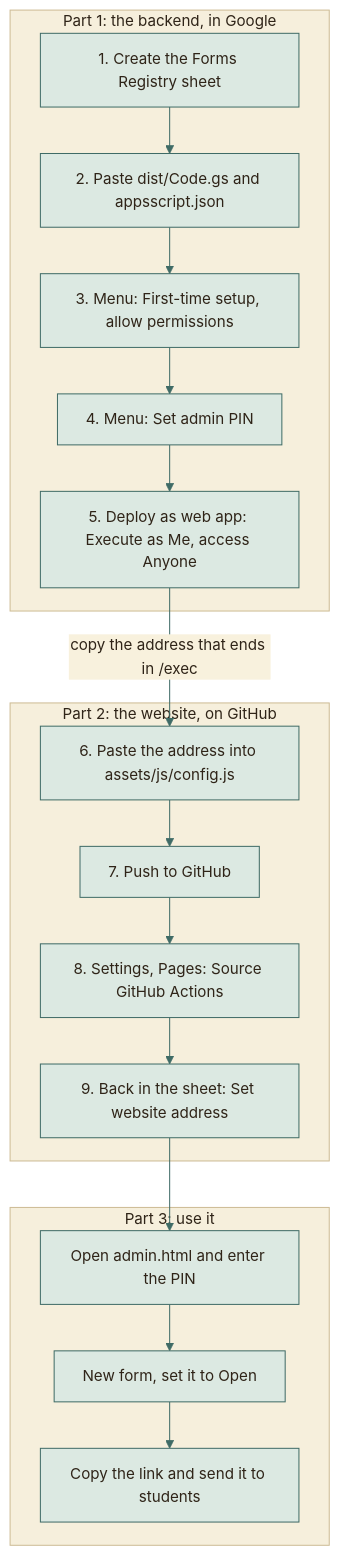
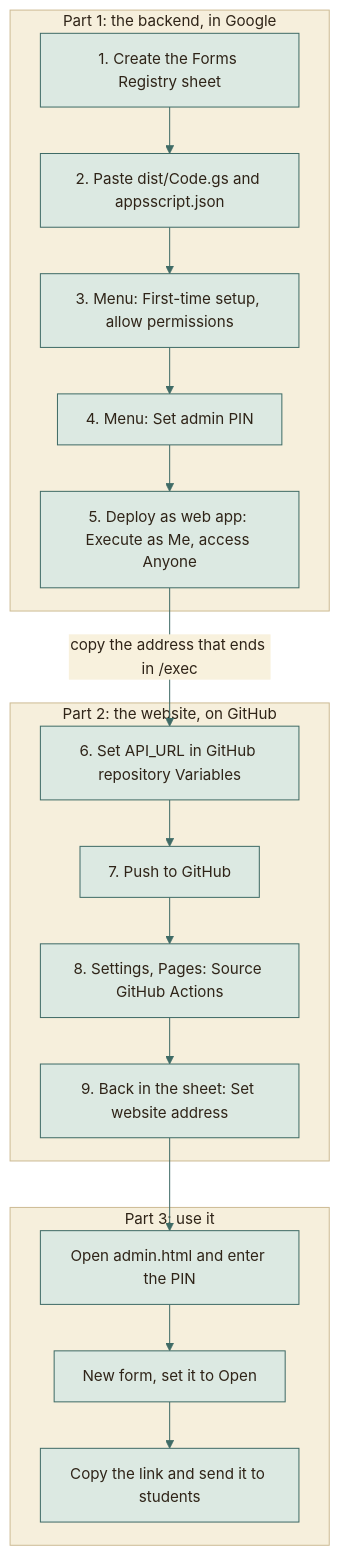
The diagram in docs/DEPLOY.md (moyeh04/forms-platform), drawn with Mermaid before and after one commit. The commit also changed other lines of this file and 14 other files, not shown here.

First line of the commit message:
fix(deploy): Generate site config from variables

````diff
--- a/docs/DEPLOY.md
+++ b/docs/DEPLOY.md
@@ -16,48 +16,48 @@
 ```mermaid
 %%{init: {
   'theme': 'base',
   'themeVariables': {
     'fontFamily': 'ui-sans-serif, system-ui, -apple-system, Segoe UI, Roboto, sans-serif',
     'fontSize': '15px',
     'primaryColor': '#DCE9E2', 'primaryBorderColor': '#3F6B66', 'primaryTextColor': '#2F2418',
     'secondaryColor': '#F0E4C8', 'secondaryBorderColor': '#C9A24A', 'secondaryTextColor': '#2F2418',
     'tertiaryColor': '#F6EFDC', 'tertiaryBorderColor': '#CDBB94', 'tertiaryTextColor': '#2F2418',
     'lineColor': '#3F6B66', 'textColor': '#2F2418', 'mainBkg': '#DCE9E2', 'nodeBorder': '#3F6B66',
     'clusterBkg': '#F6EFDC', 'clusterBorder': '#CDBB94', 'titleColor': '#2F2418',
     'edgeLabelBackground': '#F8F1DD',
     'actorBkg': '#DCE9E2', 'actorBorder': '#3F6B66', 'actorTextColor': '#2F2418', 'actorLineColor': '#8FB3AB',
     'signalColor': '#477A73', 'signalTextColor': '#477A73',
     'labelBoxBkgColor': '#F0E4C8', 'labelBoxBorderColor': '#C9A24A', 'labelTextColor': '#2F2418', 'loopTextColor': '#6A5A44',
     'noteBkgColor': '#FBEFC9', 'noteBorderColor': '#C9A24A', 'noteTextColor': '#2F2418',
     'activationBkgColor': '#DCE9E2', 'activationBorderColor': '#3F6B66', 'sequenceNumberColor': '#F8F1DD',
     'transitionColor': '#3F6B66', 'stateLabelColor': '#2F2418', 'stateBkg': '#DCE9E2', 'altBackground': '#F6EFDC',
     'attributeBackgroundColorOdd': '#F8F1DD', 'attributeBackgroundColorEven': '#F0E4C8'
   },
   'flowchart': {'curve': 'basis', 'padding': 14, 'nodeSpacing': 40, 'rankSpacing': 46},
   'sequence': {'mirrorActors': false, 'messageMargin': 34, 'boxMargin': 8}
 }}%%
 flowchart TD
     subgraph P1["Part 1: the backend, in Google"]
         a1["1. Create the Forms Registry sheet"] --> a2["2. Paste dist/Code.gs and appsscript.json"]
         a2 --> a3["3. Menu: First-time setup, allow permissions"]
         a3 --> a4["4. Menu: Set admin PIN"]
         a4 --> a5["5. Deploy as web app: Execute as Me, access Anyone"]
     end
     a5 -- "copy the address that ends in /exec" --> b1
     subgraph P2["Part 2: the website, on GitHub"]
-        b1["6. Paste the address into assets/js/config.js"] --> b2["7. Push to GitHub"]
+        b1["6. Set API_URL in GitHub repository Variables"] --> b2["7. Push to GitHub"]
         b2 --> b3["8. Settings, Pages: Source GitHub Actions"]
         b3 --> b4["9. Back in the sheet: Set website address"]
     end
     b4 --> c1
     subgraph P3["Part 3: use it"]
         c1["Open admin.html and enter the PIN"] --> c2["New form, set it to Open"]
         c2 --> c3["Copy the link and send it to students"]
     end
     classDef cDb fill:#F3E2B3,stroke:#B8892D,stroke-width:1.5px,color:#2F2418
     classDef cActor fill:#F4D9D3,stroke:#9A3328,stroke-width:1.5px,color:#2F2418
     classDef cDec fill:#FBEFC9,stroke:#C9A24A,stroke-width:1.5px,color:#2F2418
     classDef cEnd fill:#2F2418,stroke:#2F2418,color:#F8F1DD
     classDef cErr fill:#F6D5CF,stroke:#A12B1F,stroke-width:1.5px,color:#5A140C
     classDef cOk fill:#BFD9CF,stroke:#2E5A55,stroke-width:1.5px,color:#17302D
 ```
````
